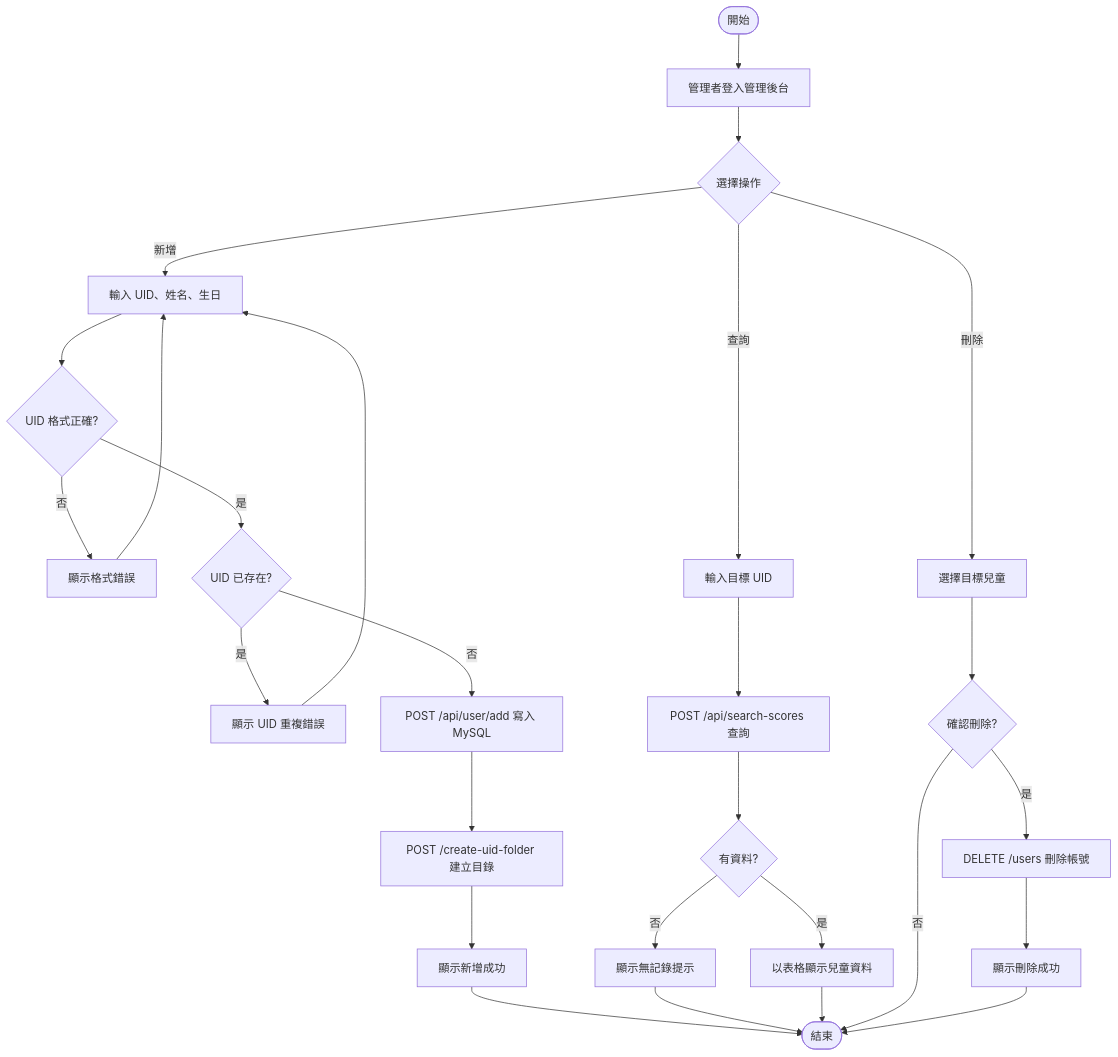
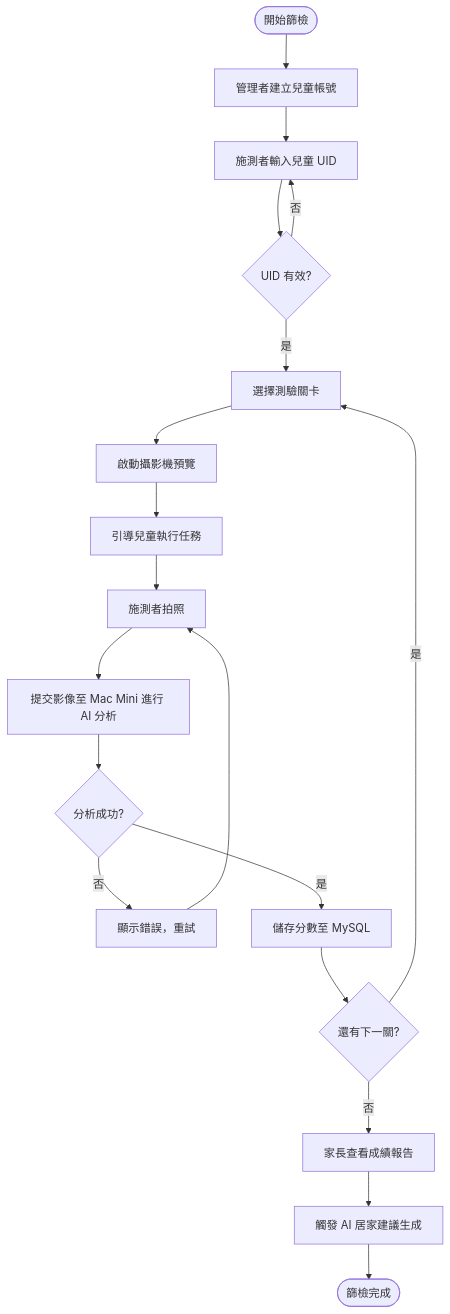
The seventh of 8 diagrams in 設計文件書_FMD_AI_Screener.md (WeiChengTW/FMD_AI_Screener), drawn with Mermaid before and after one commit. The commit also changed other lines of this file, not shown here.

Commit message:
feat: 更新設計文件，新增系統架構圖與邊界說明，強化系統範圍與需求概述

````diff
--- a/設計文件書_FMD_AI_Screener.md
+++ b/設計文件書_FMD_AI_Screener.md
@@ -1004,29 +782,21 @@
 ```mermaid
 flowchart TD
-    Start([開始]) --> A[管理者登入管理後台]
-    A --> B{選擇操作}
-    B -->|新增| C[輸入 UID、姓名、生日]
-    C --> D{UID 格式正確?}
-    D -->|否| E[顯示格式錯誤]
-    E --> C
-    D -->|是| F{UID 已存在?}
-    F -->|是| G[顯示 UID 重複錯誤]
-    G --> C
-    F -->|否| H[POST /api/user/add 寫入 MySQL]
-    H --> I[POST /create-uid-folder 建立目錄]
-    I --> J[顯示新增成功]
-    J --> End([結束])
-    B -->|查詢| K[輸入目標 UID]
-    K --> L[POST /api/search-scores 查詢]
-    L --> M{有資料?}
-    M -->|否| N[顯示無記錄提示]
-    N --> End
-    M -->|是| O[以表格顯示兒童資料]
-    O --> End
-    B -->|刪除| P[選擇目標兒童]
-    P --> Q{確認刪除?}
-    Q -->|否| End
-    Q -->|是| R[DELETE /users 刪除帳號]
-    R --> S[顯示刪除成功]
-    S --> End
+    Start([開始篩檢]) --> A[管理者建立兒童帳號]
+    A --> B[施測者輸入兒童 UID]
+    B --> C{UID 有效?}
+    C -->|否| B
+    C -->|是| D[選擇測驗關卡]
+    D --> E[啟動攝影機預覽]
+    E --> F[引導兒童執行任務]
+    F --> G[施測者拍照]
+    G --> H[提交影像至 Mac Mini 進行 AI 分析]
+    H --> I{分析成功?}
+    I -->|否| J[顯示錯誤，重試]
+    J --> G
+    I -->|是| K[儲存分數至 MySQL]
+    K --> L{還有下一關?}
+    L -->|是| D
+    L -->|否| M[家長查看成績報告]
+    M --> N[觸發 AI 居家建議生成]
+    N --> End([篩檢完成])
 ```
````
